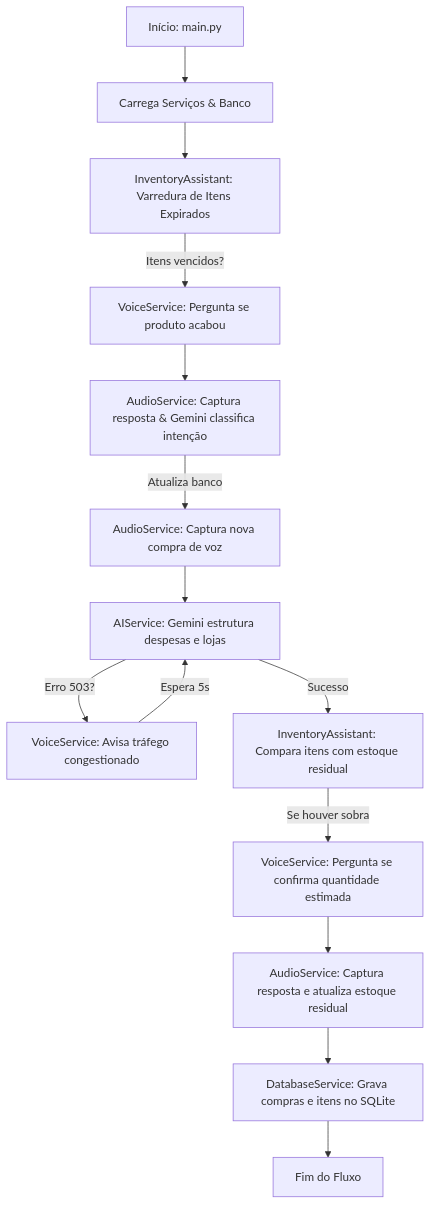
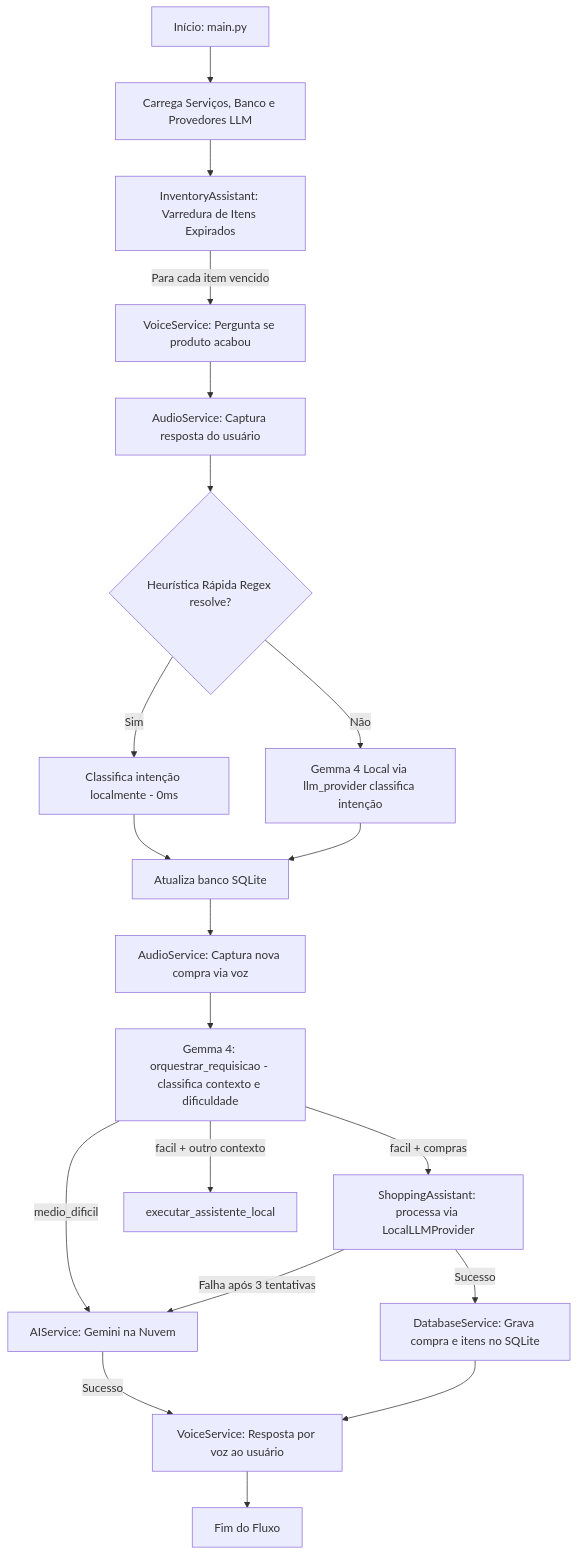
The diagram in Sobre a Versão/01 - Resumo do Sistema.md (Felipe-Stu/assistente-domestico), drawn with Mermaid before and after one commit. The commit also changed other lines of this file and 29 other files, not shown here.

````diff
--- a/Sobre a Versão/01 - Resumo do Sistema.md
+++ b/Sobre a Versão/01 - Resumo do Sistema.md
@@ -49,16 +48,22 @@
 ```mermaid
 graph TD
-    A[Início: main.py] --> B[Carrega Serviços & Banco]
+    A[Início: main.py] --> B[Carrega Serviços, Banco e Provedores LLM]
     B --> C[InventoryAssistant: Varredura de Itens Expirados]
-    C -->|Itens vencidos?| D[VoiceService: Pergunta se produto acabou]
-    D --> E[AudioService: Captura resposta & Gemini classifica intenção]
-    E -->|Atualiza banco| F[AudioService: Captura nova compra de voz]
-    F --> G[AIService: Gemini estrutura despesas e lojas]
-    G -->|Erro 503?| G1[VoiceService: Avisa tráfego congestionado]
-    G1 -->|Espera 5s| G
-    G -->|Sucesso| H[InventoryAssistant: Compara itens com estoque residual]
-    H -->|Se houver sobra| I[VoiceService: Pergunta se confirma quantidade estimada]
-    I --> J[AudioService: Captura resposta e atualiza estoque residual]
-    J --> K[DatabaseService: Grava compras e itens no SQLite]
-    K --> L[Fim do Fluxo]
+    C -->|Para cada item vencido| D[VoiceService: Pergunta se produto acabou]
+    D --> E[AudioService: Captura resposta do usuário]
+    E --> F{Heurística Rápida Regex resolve?}
+    F -->|Sim| G[Classifica intenção localmente - 0ms]
+    F -->|Não| H[Gemma 4 Local via llm_provider classifica intenção]
+    G --> I[Atualiza banco SQLite]
+    H --> I
+    I --> J[AudioService: Captura nova compra via voz]
+    J --> K[Gemma 4: orquestrar_requisicao - classifica contexto e dificuldade]
+    K -->|facil + compras| L[ShoppingAssistant: processa via LocalLLMProvider]
+    K -->|facil + outro contexto| M[executar_assistente_local]
+    K -->|medio_dificil| N[AIService: Gemini na Nuvem]
+    L -->|Falha após 3 tentativas| N
+    L -->|Sucesso| O[DatabaseService: Grava compra e itens no SQLite]
+    N -->|Sucesso| P[VoiceService: Resposta por voz ao usuário]
+    O --> P
+    P --> Q[Fim do Fluxo]
 ```
````
